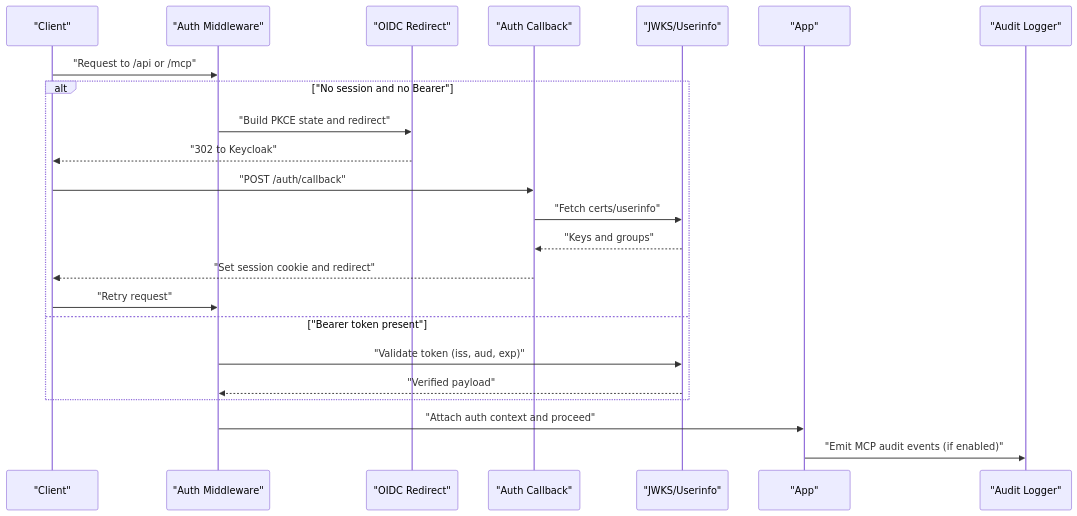
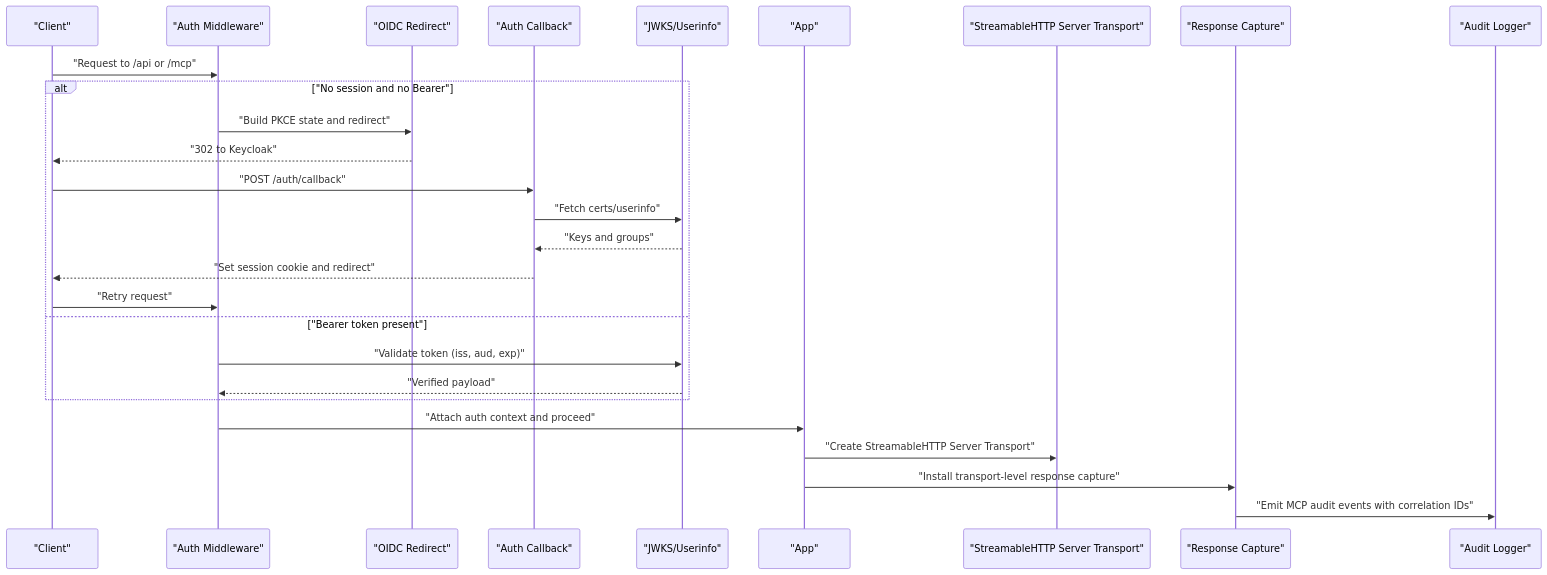
The second of 5 diagrams in .qoder/repowiki/en/content/Security Considerations.md (debian777/kairos-mcp), drawn with Mermaid before and after one commit. The commit also changed other lines of this file and 24 other files, not shown here.

First line of the commit message:
fix(audit): capture response at transport.send() level

````diff
--- a/.qoder/repowiki/en/content/Security Considerations.md
+++ b/.qoder/repowiki/en/content/Security Considerations.md
@@ -122,25 +130,29 @@
 ```mermaid
 sequenceDiagram
 participant C as "Client"
 participant MW as "Auth Middleware"
 participant OR as "OIDC Redirect"
 participant CB as "Auth Callback"
 participant JW as "JWKS/Userinfo"
 participant APP as "App"
+participant TRANS as "StreamableHTTP Server Transport"
+participant RESP as "Response Capture"
 participant AUDIT as "Audit Logger"
 C->>MW : "Request to /api or /mcp"
 alt "No session and no Bearer"
 MW->>OR : "Build PKCE state and redirect"
 OR-->>C : "302 to Keycloak"
 C->>CB : "POST /auth/callback"
 CB->>JW : "Fetch certs/userinfo"
 JW-->>CB : "Keys and groups"
 CB-->>C : "Set session cookie and redirect"
 C->>MW : "Retry request"
 else "Bearer token present"
 MW->>JW : "Validate token (iss, aud, exp)"
 JW-->>MW : "Verified payload"
 end
 MW->>APP : "Attach auth context and proceed"
-APP->>AUDIT : "Emit MCP audit events (if enabled)"
+APP->>TRANS : "Create StreamableHTTP Server Transport"
+APP->>RESP : "Install transport-level response capture"
+RESP->>AUDIT : "Emit MCP audit events with correlation IDs"
 ```
````
